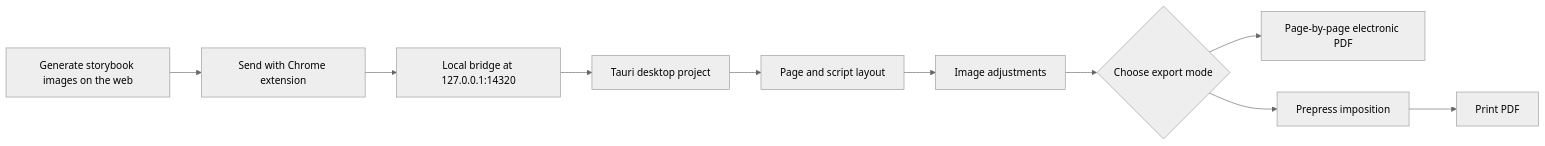
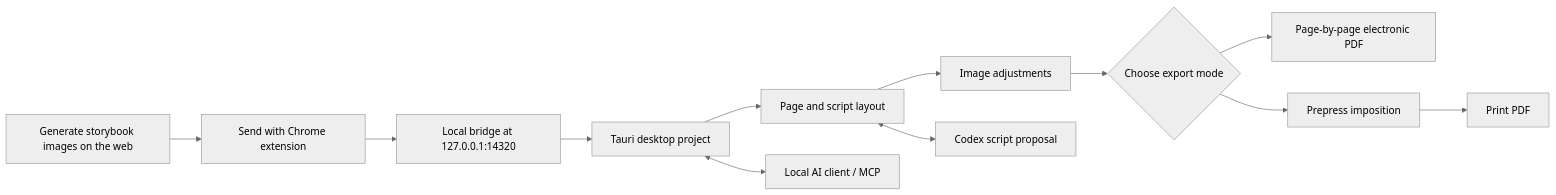
The diagram in README.en.md (glenzli/storybook-co-editor), drawn with Mermaid (neutral theme) before and after one commit. The commit also changed other lines of this file and 24 other files, not shown here.

Commit message:
feat: add local Codex MCP collaboration

````diff
--- a/README.en.md
+++ b/README.en.md
@@ -63,12 +63,14 @@
 ```mermaid
 flowchart LR
   A["Generate storybook images on the web"] --> B["Send with Chrome extension"]
   B --> C["Local bridge at 127.0.0.1:14320"]
   C --> D["Tauri desktop project"]
   D --> E["Page and script layout"]
   E --> F["Image adjustments"]
+  D <--> K["Local AI client / MCP"]
+  E <--> L["Codex script proposal"]
   F --> G{"Choose export mode"}
   G --> H["Page-by-page electronic PDF"]
   G --> I["Prepress imposition"]
   I --> J["Print PDF"]
 ```
````
